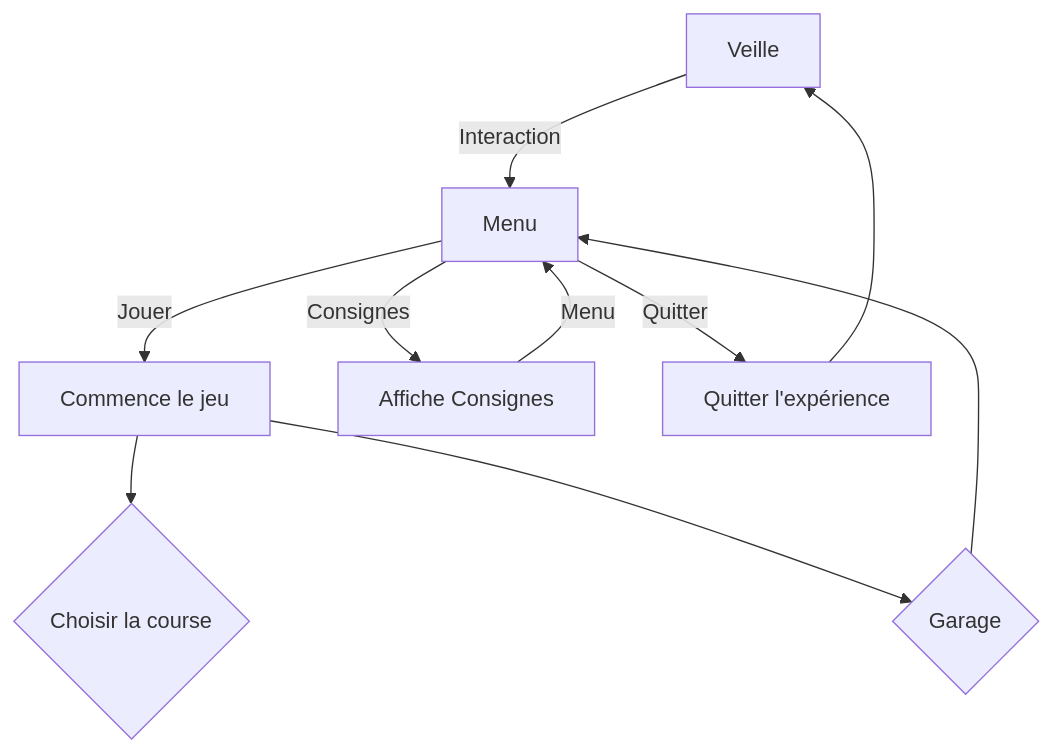
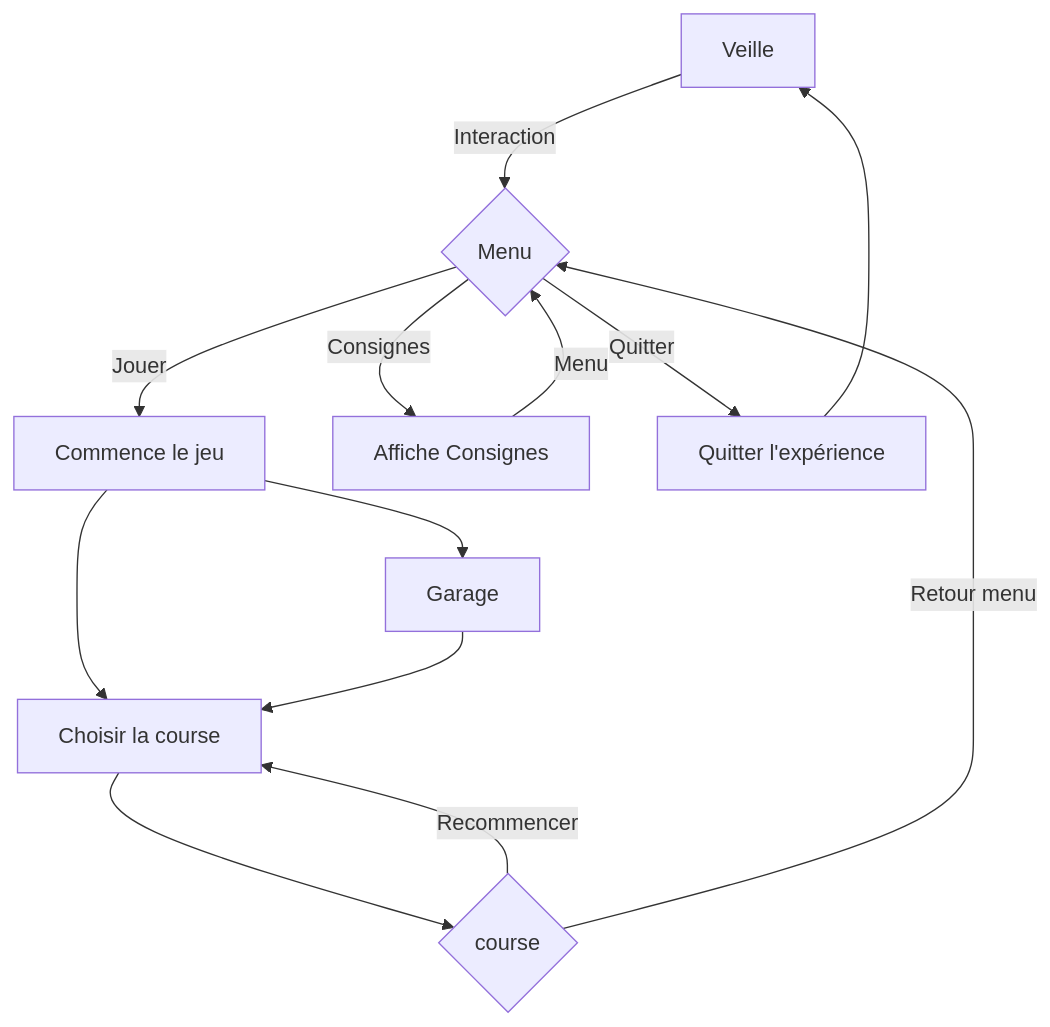
The diagram in README.md (GearShift-Games/C0N-DU8), drawn with Mermaid before and after one commit. The commit also changed other lines of this file, not shown here.

````diff
--- a/README.md
+++ b/README.md
@@ -31,14 +31,18 @@
 ```mermaid
 flowchart TD
     A[Veille] -->|Interaction| C(Menu)
     C -->|Jouer| D[Commence le jeu]
     C -->|Consignes| E[Affiche Consignes]
     C -->|Quitter| F[Quitter l'expérience]
     F --> A
-    E[Affiche Consignes]--> |Menu| C[Menu]
-    D --> H{Choisir la course}
-    D --> I{Garage}
-    I --> C
-    
+    E[Affiche Consignes]--> |Menu| C{Menu}
+    D --> H[Choisir la course]
+    H --> J{course}
+    J --> |Recommencer| H
+    J --> |Retour menu| C
+    D --> I[Garage]
+    I --> H
+  
+   
 
   ```
````
